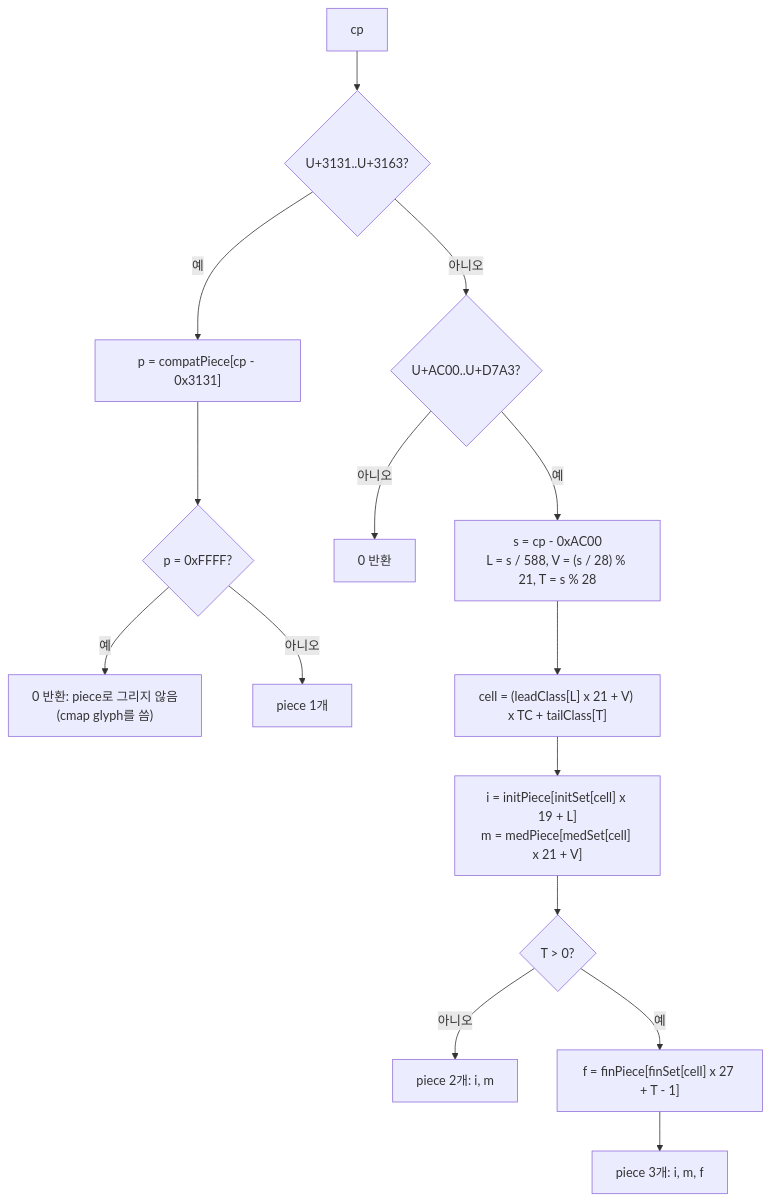
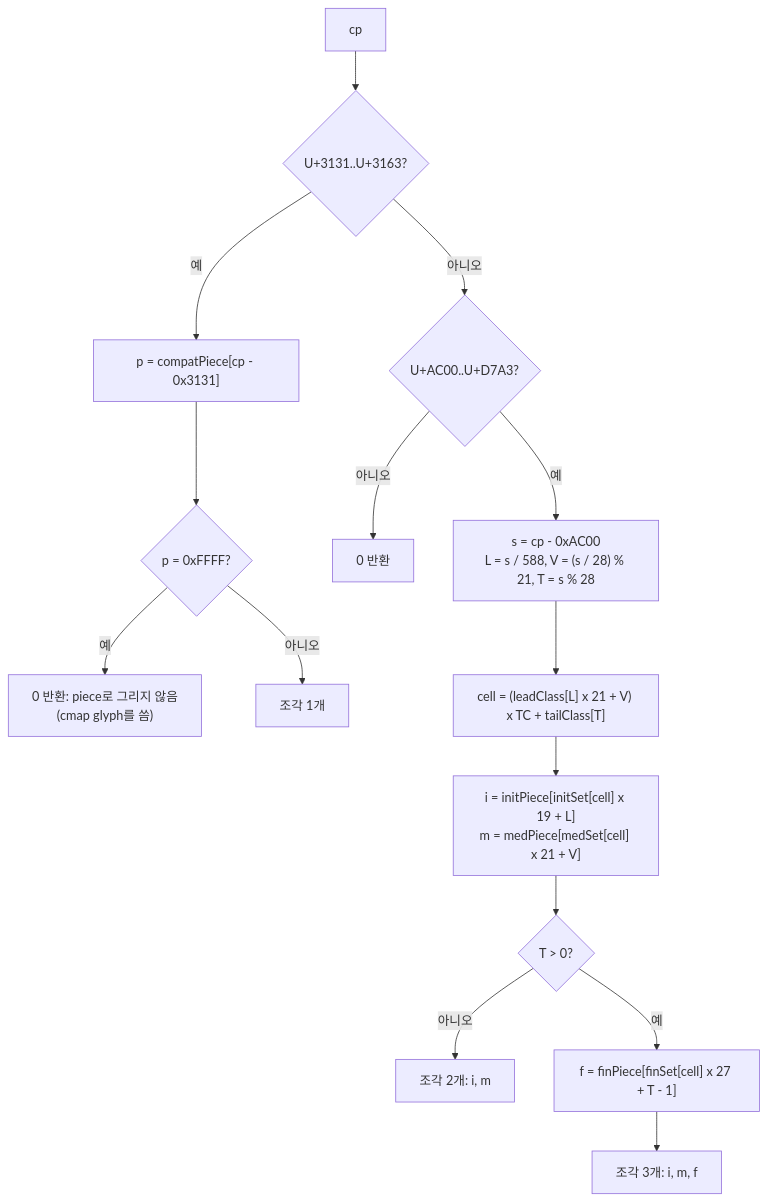
Diagram 15 of 27 in docs/jamo-sets.ko.md (TaehyunKimLL/svf-fonts-open), drawn with Mermaid before and after one commit. The commit also changed other lines of this file and 3 other files, not shown here.

````diff
--- a/docs/jamo-sets.ko.md
+++ b/docs/jamo-sets.ko.md
@@ -677,17 +682,17 @@
 ```mermaid
 flowchart TD
   A["cp"] --> B{"U+3131..U+3163?"}
   B -->|예| C["p = compatPiece[cp - 0x3131]"]
   C --> C2{"p = 0xFFFF?"}
   C2 -->|예| Z["0 반환: piece로 그리지 않음<br/>(cmap glyph를 씀)"]
-  C2 -->|아니오| C3["piece 1개"]
+  C2 -->|아니오| C3["조각 1개"]
   B -->|아니오| D{"U+AC00..U+D7A3?"}
   D -->|아니오| Z2["0 반환"]
   D -->|예| E["s = cp - 0xAC00<br/>L = s / 588, V = (s / 28) % 21, T = s % 28"]
   E --> F["cell = (leadClass[L] x 21 + V) x TC + tailClass[T]"]
   F --> G["i = initPiece[initSet[cell] x 19 + L]<br/>m = medPiece[medSet[cell] x 21 + V]"]
   G --> H{"T > 0?"}
-  H -->|아니오| R2["piece 2개: i, m"]
+  H -->|아니오| R2["조각 2개: i, m"]
   H -->|예| I["f = finPiece[finSet[cell] x 27 + T - 1]"]
-  I --> R3["piece 3개: i, m, f"]
+  I --> R3["조각 3개: i, m, f"]
 ```
````
